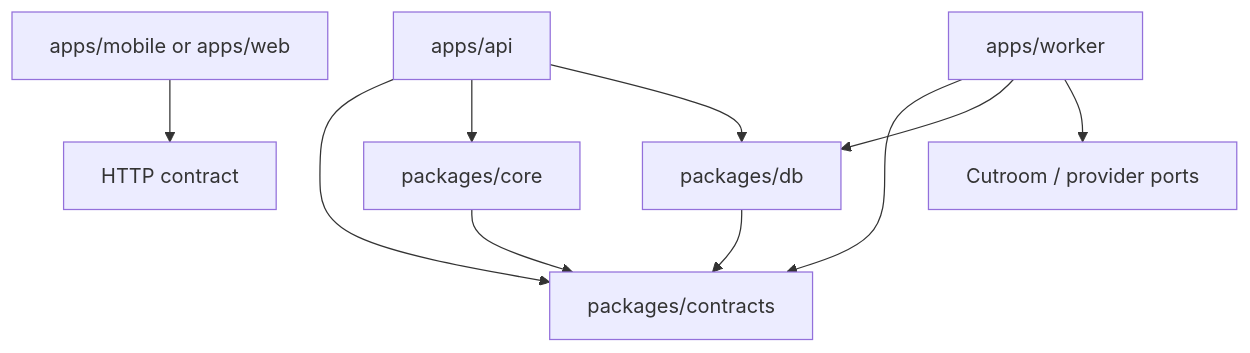
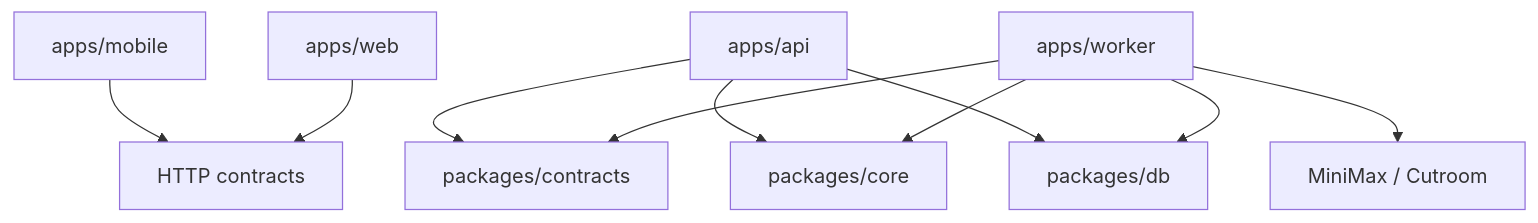
One commit to KnowScroll/knowscroll changed the third of 16 diagrams in docs/flowwalk/knowscroll-codebase-architecture-guide.md. Above: the diagram before and after it, drawn with Mermaid. The commit also changed other lines of this file, not shown here.

Commit message:
docs: refresh architecture guide for current system (#72)

````diff
--- a/docs/flowwalk/knowscroll-codebase-architecture-guide.md
+++ b/docs/flowwalk/knowscroll-codebase-architecture-guide.md
@@ -188,12 +134,12 @@
 ```mermaid
 flowchart TD
-    UI[apps/mobile or apps/web] --> HTTP[HTTP contract]
-    API[apps/api] --> Contracts[packages/contracts]
-    API --> Core[packages/core]
-    API --> DB[packages/db]
-    Worker[apps/worker] --> Contracts
-    Worker --> DB
-    Core --> Contracts
-    DB --> Contracts
-    Worker --> External[Cutroom / provider ports]
+  Mobile[apps/mobile] --> HTTP[HTTP contracts]
+  Web[apps/web] --> HTTP
+  API[apps/api] --> Contracts[packages/contracts]
+  API --> Core[packages/core]
+  API --> DB[packages/db]
+  Worker[apps/worker] --> Core
+  Worker --> Contracts
+  Worker --> DB
+  Worker --> External[MiniMax / Cutroom]
 ```
````
